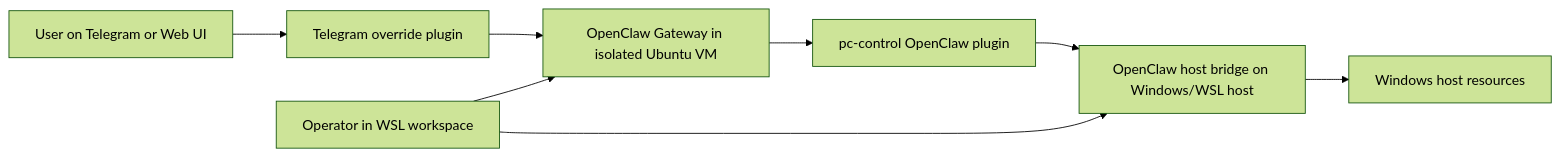
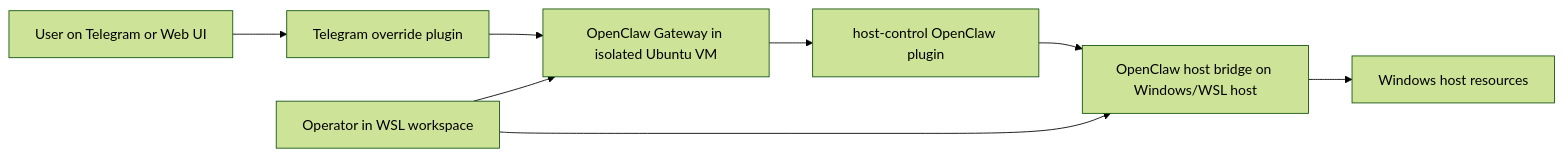
The first of 5 diagrams in docs/architecture-overview.md (mfshaf7/openclaw-isolated-deployment), drawn with Mermaid (forest theme) before and after one commit. The commit also changed other lines of this file and 31 other files, not shown here.

Commit message:
refactor: rename host capability to host-control

````diff
--- a/docs/architecture-overview.md
+++ b/docs/architecture-overview.md
@@ -28,18 +28,18 @@
 ```mermaid
 flowchart LR
     User[User on Telegram or Web UI]
     Ops[Operator in WSL workspace]
     VM[OpenClaw Gateway in isolated Ubuntu VM]
     TG[Telegram override plugin]
-    PCP[pc-control OpenClaw plugin]
+    PCP[host-control OpenClaw plugin]
     Bridge[OpenClaw host bridge on Windows/WSL host]
     Host[Windows host resources]
 
     User --> TG
     TG --> VM
     VM --> PCP
     PCP --> Bridge
     Bridge --> Host
     Ops --> VM
     Ops --> Bridge
 ```
````
